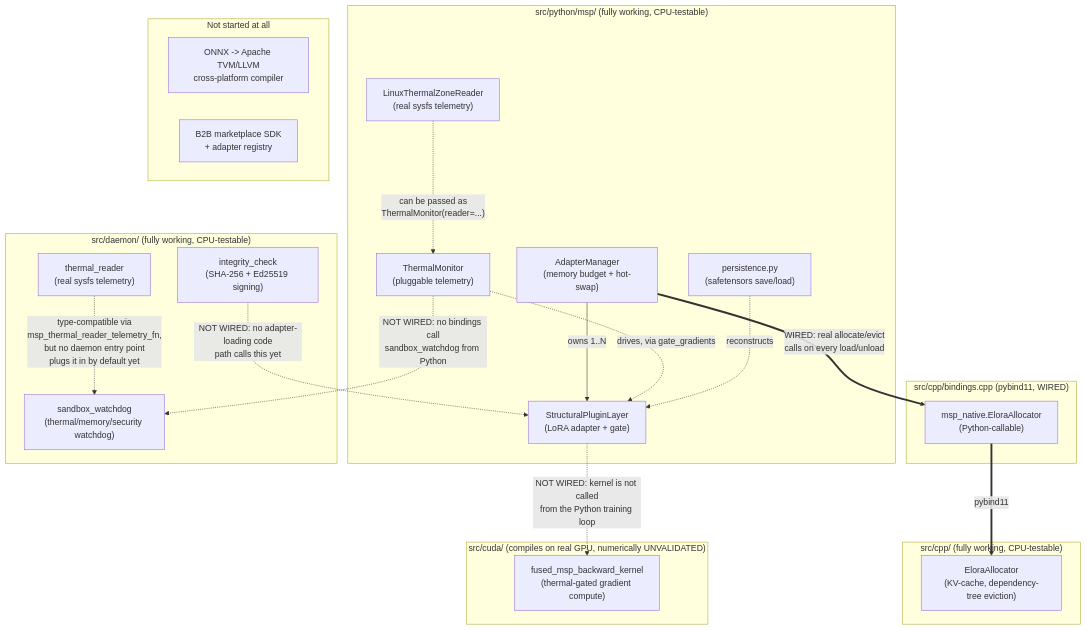
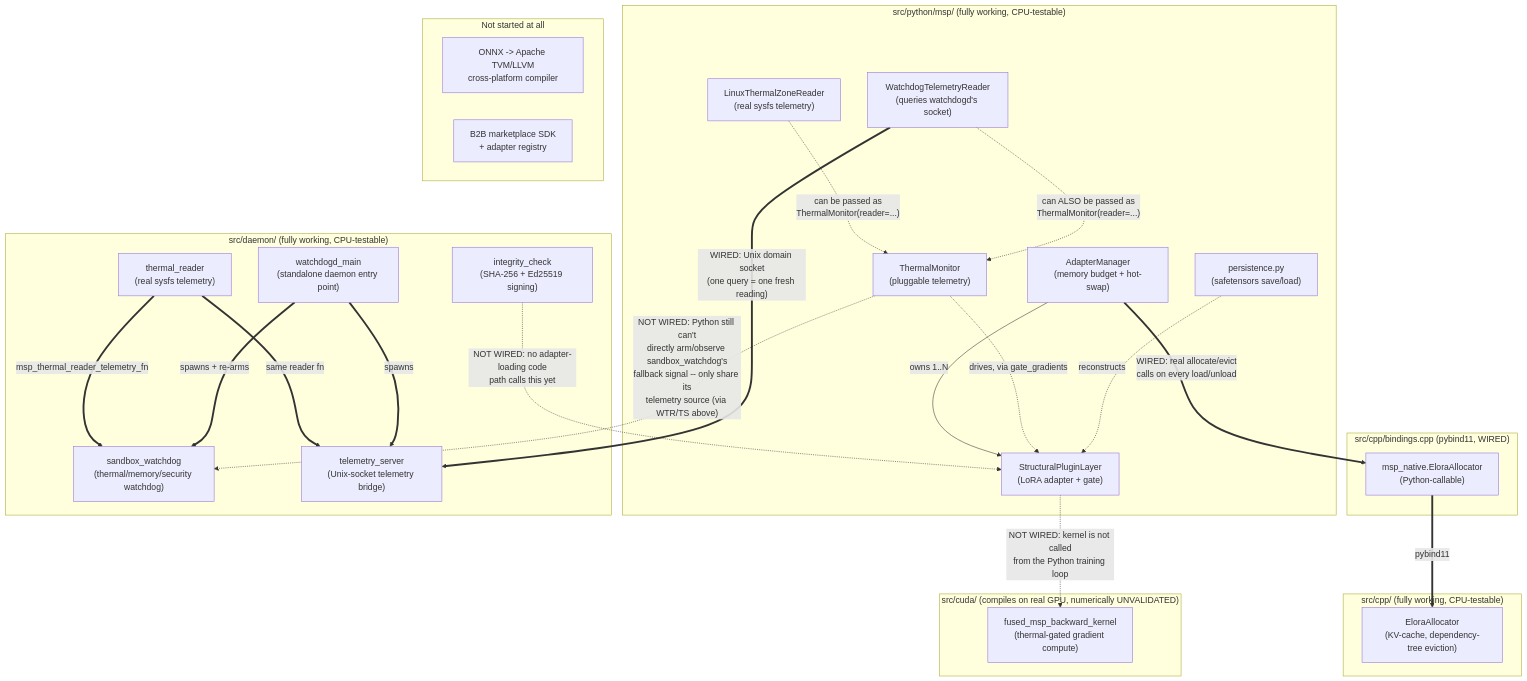
One commit to trinityman-hash/MSP changed the diagram in docs/STATUS.md. Above: the diagram before and after it, drawn with Mermaid. The commit also changed other lines of this file and 7 other files, not shown here.

First line of the commit message:
Add watchdogd: standalone daemon entry point wiring thermal_reader.c into sandbox_watchdog.c, plus a shared telemetry socket for Python

````diff
--- a/docs/STATUS.md
+++ b/docs/STATUS.md
@@ -37,44 +39,52 @@
 ```mermaid
 flowchart TB
     subgraph Python["src/python/msp/  (fully working, CPU-testable)"]
         PL["StructuralPluginLayer\n(LoRA adapter + gate)"]
         AM["AdapterManager\n(memory budget + hot-swap)"]
         TM["ThermalMonitor\n(pluggable telemetry)"]
         LTZ["LinuxThermalZoneReader\n(real sysfs telemetry)"]
+        WTR["WatchdogTelemetryReader\n(queries watchdogd's socket)"]
         PERSIST["persistence.py\n(safetensors save/load)"]
         AM -->|owns 1..N| PL
         TM -.->|drives, via gate_gradients| PL
         LTZ -.->|"can be passed as\nThermalMonitor(reader=...)"| TM
+        WTR -.->|"can ALSO be passed as\nThermalMonitor(reader=...)"| TM
         PERSIST -.->|reconstructs| PL
     end
 
     subgraph Bind["src/cpp/bindings.cpp  (pybind11, WIRED)"]
         NATIVE["msp_native.EloraAllocator\n(Python-callable)"]
     end
 
     subgraph CPP["src/cpp/  (fully working, CPU-testable)"]
         EA["EloraAllocator\n(KV-cache, dependency-tree eviction)"]
     end
 
     subgraph C["src/daemon/  (fully working, CPU-testable)"]
         WD["sandbox_watchdog\n(thermal/memory/security watchdog)"]
         IC["integrity_check\n(SHA-256 + Ed25519 signing)"]
         CTZ["thermal_reader\n(real sysfs telemetry)"]
-        CTZ -.->|"type-compatible via\nmsp_thermal_reader_telemetry_fn,\nbut no daemon entry point\nplugs it in by default yet"| WD
+        TS["telemetry_server\n(Unix-socket telemetry bridge)"]
+        MAIN["watchdogd_main\n(standalone daemon entry point)"]
+        CTZ ==>|"msp_thermal_reader_telemetry_fn"| WD
+        CTZ ==>|"same reader fn"| TS
+        MAIN ==>|"spawns + re-arms"| WD
+        MAIN ==>|"spawns"| TS
     end
 
     subgraph CUDA["src/cuda/  (compiles on real GPU, numerically UNVALIDATED)"]
         KERNEL["fused_msp_backward_kernel\n(thermal-gated gradient compute)"]
     end
 
     AM ==>|"WIRED: real allocate/evict\ncalls on every load/unload"| NATIVE
     NATIVE ==>|pybind11| EA
-    TM -.->|"NOT WIRED: no bindings call\nsandbox_watchdog from Python"| WD
+    WTR ==>|"WIRED: Unix domain socket\n(one query = one fresh reading)"| TS
+    TM -.->|"NOT WIRED: Python still can't\ndirectly arm/observe sandbox_watchdog's\nfallback signal -- only share its\ntelemetry source (via WTR/TS above)"| WD
     PL -.->|"NOT WIRED: kernel is not called\nfrom the Python training loop"| KERNEL
     IC -.->|"NOT WIRED: no adapter-loading code\npath calls this yet"| PL
 
     subgraph Missing["Not started at all"]
         TVM["ONNX -> Apache TVM/LLVM\ncross-platform compiler"]
         SDK["B2B marketplace SDK\n+ adapter registry"]
     end
 ```
````
